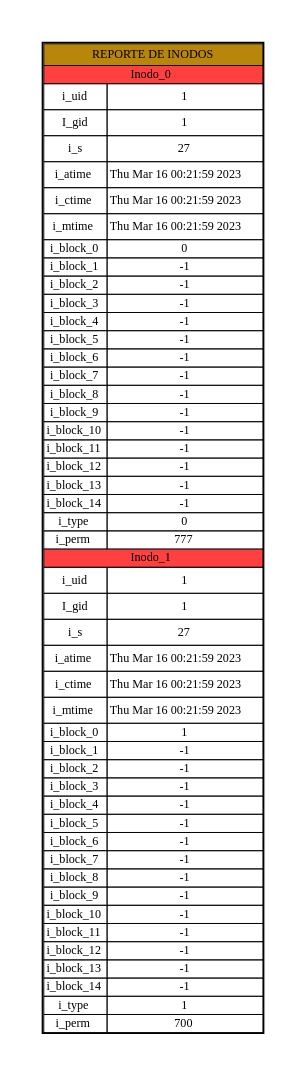
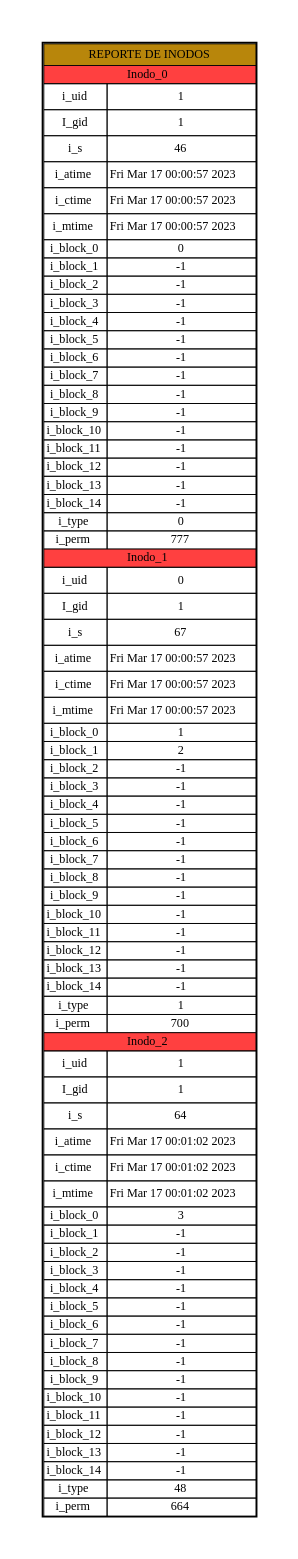
One commit to Tiwue/MIA_201903974_Proyecto1_S1_2023 changed the diagram in Results/report.dot. Above: the diagram before and after it, drawn with Graphviz. The commit also changed 28 other files, not shown here.

```diff
--- a/Results/report.dot
+++ b/Results/report.dot
@@ -26,24 +26,24 @@
 
 <TR>
 <TD HEIGHT="30" >i_s</TD>
-<TD WIDTH="100" >27</TD>
+<TD WIDTH="100" >46</TD>
 </TR>
 
 <TR>
 <TD HEIGHT="30" >i_atime</TD>
-<TD WIDTH="100" >Thu Mar 16 00:21:59 2023
+<TD WIDTH="100" >Fri Mar 17 00:00:57 2023
 </TD>
 </TR>
 
 <TR>
 <TD HEIGHT="30" >i_ctime</TD>
-<TD WIDTH="100" >Thu Mar 16 00:21:59 2023
+<TD WIDTH="100" >Fri Mar 17 00:00:57 2023
 </TD>
 </TR>
 
 <TR>
 <TD HEIGHT="30" >i_mtime</TD>
-<TD WIDTH="100" >Thu Mar 16 00:21:59 2023
+<TD WIDTH="100" >Fri Mar 17 00:00:57 2023
 </TD>
 </TR>
 
@@ -138,7 +138,7 @@
 
 <TR>
 <TD HEIGHT="30" >i_uid</TD>
-<TD WIDTH="100" >1</TD>
+<TD WIDTH="100" >0</TD>
 </TR>
 
 <TR>
@@ -148,24 +148,24 @@
 
 <TR>
 <TD HEIGHT="30" >i_s</TD>
-<TD WIDTH="100" >27</TD>
+<TD WIDTH="100" >67</TD>
 </TR>
 
 <TR>
 <TD HEIGHT="30" >i_atime</TD>
-<TD WIDTH="100" >Thu Mar 16 00:21:59 2023
+<TD WIDTH="100" >Fri Mar 17 00:00:57 2023
 </TD>
 </TR>
 
 <TR>
 <TD HEIGHT="30" >i_ctime</TD>
-<TD WIDTH="100" >Thu Mar 16 00:21:59 2023
+<TD WIDTH="100" >Fri Mar 17 00:00:57 2023
 </TD>
 </TR>
 
 <TR>
 <TD HEIGHT="30" >i_mtime</TD>
-<TD WIDTH="100" >Thu Mar 16 00:21:59 2023
+<TD WIDTH="100" >Fri Mar 17 00:00:57 2023
 </TD>
 </TR>
 
@@ -176,7 +176,7 @@
 
 <TR>
 <TD>i_block_1</TD>
-<TD>-1</TD>
+<TD>2</TD>
 </TR>
 
 <TR>
@@ -254,5 +254,127 @@
 <TD>700</TD>
 </TR>
 
+<TR>
+<TD colspan="2" BGCOLOR="brown1" ALIGN="center">Inodo_2</TD>
+</TR>
+
+<TR>
+<TD HEIGHT="30" >i_uid</TD>
+<TD WIDTH="100" >1</TD>
+</TR>
+
+<TR>
+<TD HEIGHT="30" >I_gid</TD>
+<TD WIDTH="100" >1</TD>
+</TR>
+
+<TR>
+<TD HEIGHT="30" >i_s</TD>
+<TD WIDTH="100" >64</TD>
+</TR>
+
+<TR>
+<TD HEIGHT="30" >i_atime</TD>
+<TD WIDTH="100" >Fri Mar 17 00:01:02 2023
+</TD>
+</TR>
+
+<TR>
+<TD HEIGHT="30" >i_ctime</TD>
+<TD WIDTH="100" >Fri Mar 17 00:01:02 2023
+</TD>
+</TR>
+
+<TR>
+<TD HEIGHT="30" >i_mtime</TD>
+<TD WIDTH="100" >Fri Mar 17 00:01:02 2023
+</TD>
+</TR>
+
+<TR>
+<TD>i_block_0</TD>
+<TD>3</TD>
+</TR>
+
+<TR>
+<TD>i_block_1</TD>
+<TD>-1</TD>
+</TR>
+
+<TR>
+<TD>i_block_2</TD>
+<TD>-1</TD>
+</TR>
+
+<TR>
+<TD>i_block_3</TD>
+<TD>-1</TD>
+</TR>
+
+<TR>
+<TD>i_block_4</TD>
+<TD>-1</TD>
+</TR>
+
+<TR>
+<TD>i_block_5</TD>
+<TD>-1</TD>
+</TR>
+
+<TR>
+<TD>i_block_6</TD>
+<TD>-1</TD>
+</TR>
+
+<TR>
+<TD>i_block_7</TD>
+<TD>-1</TD>
+</TR>
+
+<TR>
+<TD>i_block_8</TD>
+<TD>-1</TD>
+</TR>
+
+<TR>
+<TD>i_block_9</TD>
+<TD>-1</TD>
+</TR>
+
+<TR>
+<TD>i_block_10</TD>
+<TD>-1</TD>
+</TR>
+
+<TR>
+<TD>i_block_11</TD>
+<TD>-1</TD>
+</TR>
+
+<TR>
+<TD>i_block_12</TD>
+<TD>-1</TD>
+</TR>
+
+<TR>
+<TD>i_block_13</TD>
+<TD>-1</TD>
+</TR>
+
+<TR>
+<TD>i_block_14</TD>
+<TD>-1</TD>
+</TR>
+
+<TR>
+<TD>i_type</TD>
+<TD>48</TD>
+</TR>
+
+<TR>
+<TD>i_perm</TD>
+<TD>664</TD>
+</TR>
+
 </TABLE>>];
 }
```
